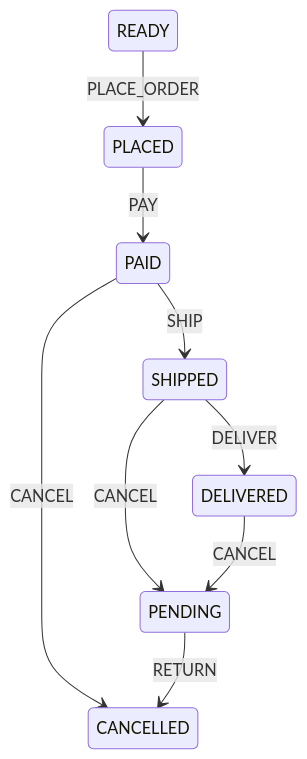
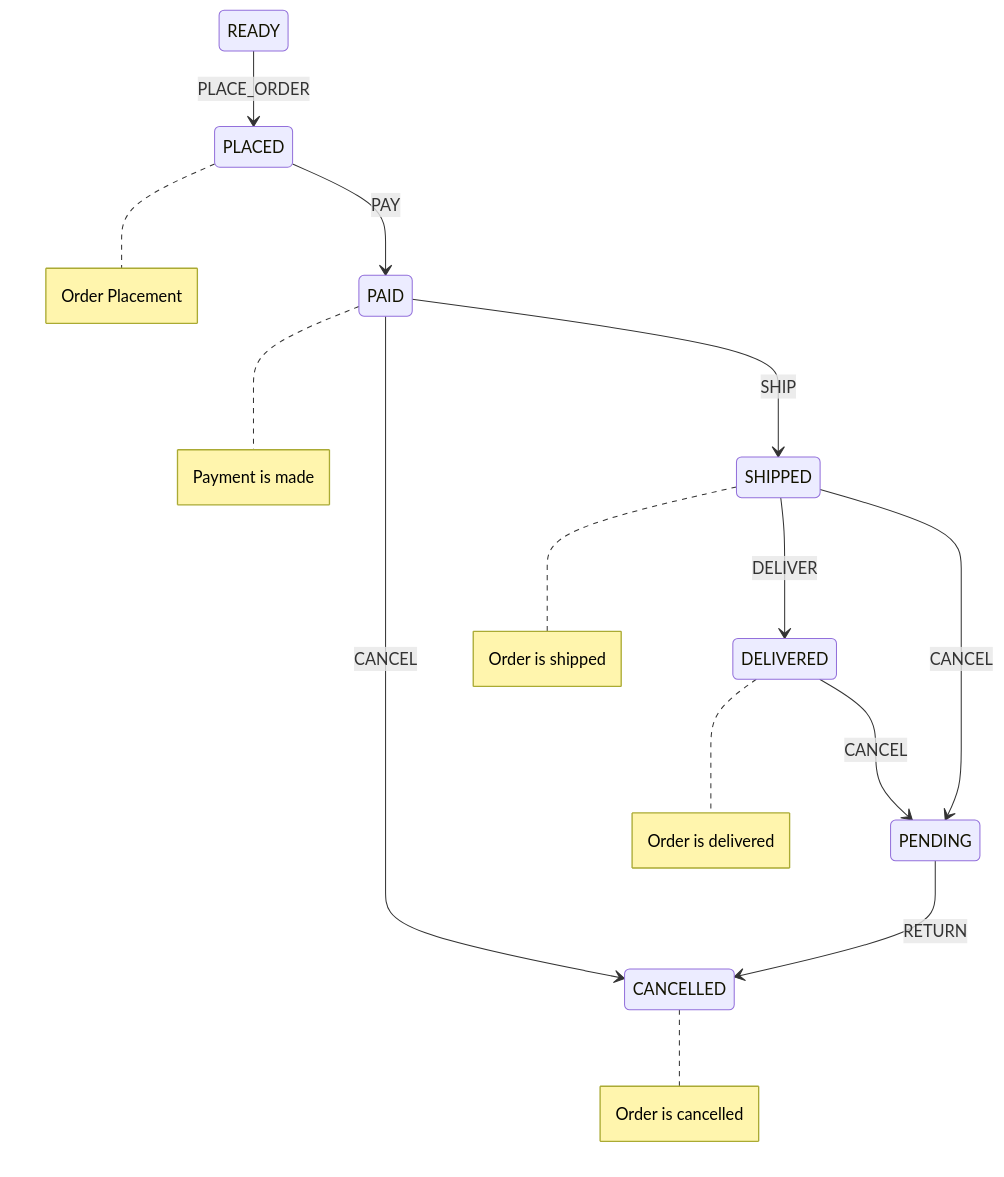
One commit to aryumka/state-machines changed the diagram in README.md. Above: the diagram before and after it, drawn with Mermaid. The commit also changed other lines of this file, not shown here.

````diff
--- a/README.md
+++ b/README.md
@@ -13,11 +13,16 @@
 ```mermaid
 stateDiagram-v2
 READY --> PLACED: PLACE_ORDER
+note right of PLACED: Order Placement
 PLACED --> PAID: PAY
+note right of PAID: Payment is made
 PAID --> CANCELLED: CANCEL
+note right of CANCELLED: Order is cancelled
 PAID --> SHIPPED: SHIP
+note right of SHIPPED: Order is shipped
 SHIPPED --> DELIVERED: DELIVER
+note right of DELIVERED: Order is delivered
 SHIPPED --> PENDING: CANCEL
 DELIVERED --> PENDING: CANCEL
 PENDING --> CANCELLED: RETURN
 ```
````
